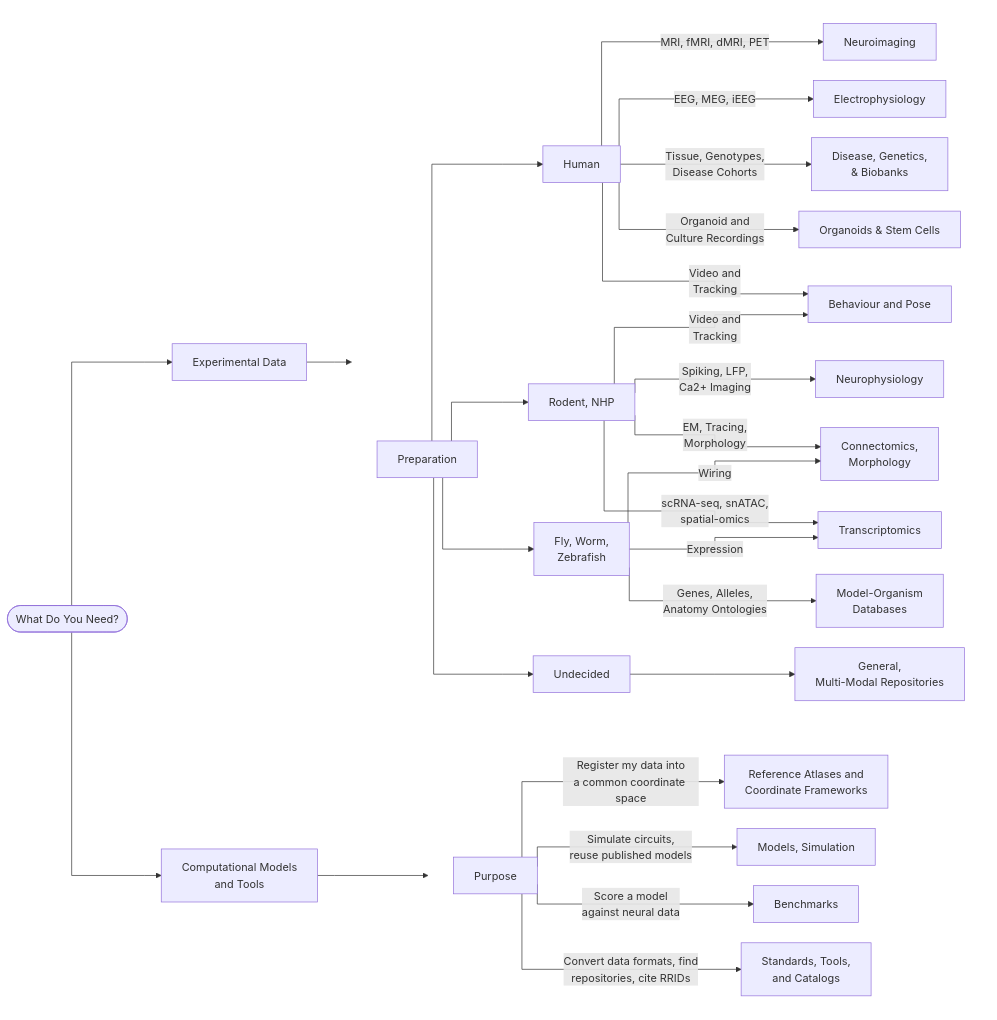
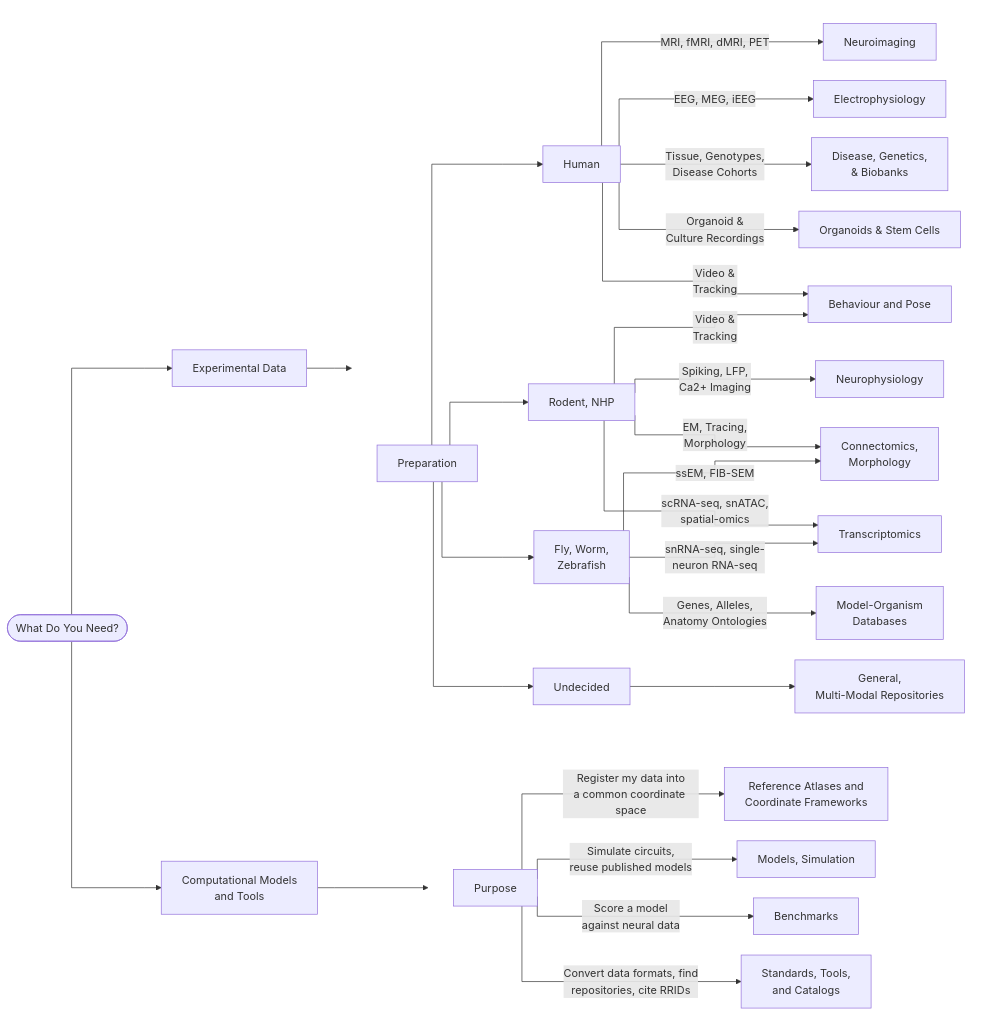
One commit to lauramedlock/neuroarchives changed the diagram in docs/index.md. Above: the diagram before and after it, drawn with Mermaid.

Commit message:
Fix formatting for Organoid and Video sections

````diff
--- a/docs/index.md
+++ b/docs/index.md
@@ -41,45 +41,45 @@
 ```mermaid
 %%{init: {"flowchart": {"curve": "stepBefore", "useMaxWidth": true, "rankSpacing": 50, "nodeSpacing": 30}} }%%
 flowchart LR
     START([What Do You Need?])
     START --> EXP[Experimental Data]
     START --> MOD[Computational Models<br>and Tools]
     EXP --> PREP[Preparation]
     MOD --> PURPOSE[Purpose]
 
     subgraph expArm [ ]
     direction LR
     PREP -->GEN[Undecided]
     PREP -->HU[Human]
     PREP -->RO[Rodent, NHP]
     PREP -->INV[Fly, Worm,<br>Zebrafish]
 
     HU -->|MRI, fMRI, dMRI, PET| E1[Neuroimaging]
     HU -->|EEG, MEG, iEEG| E2[Electrophysiology]
     HU -->|Tissue, Genotypes,<br>Disease Cohorts| E3[Disease, Genetics,<br>& Biobanks]
-    HU -->|Organoid and<br>Culture Recordings| E4[Organoids & Stem Cells]
-    HU -->|Video and<br>Tracking| E8[Behaviour and Pose]
+    HU -->|Organoid &<br>Culture Recordings| E4[Organoids & Stem Cells]
+    HU -->|Video &<br>Tracking| E8[Behaviour and Pose]
 
     RO -->|Spiking, LFP,<br>Ca2+ Imaging| E5[Neurophysiology]
     RO -->|EM, Tracing,<br>Morphology| E6[Connectomics,<br>Morphology]
     RO -->|scRNA-seq, snATAC,<br>spatial-omics| E7[Transcriptomics]
-    RO -->|Video and<br>Tracking| E8[Behaviour and Pose]
+    RO -->|Video &<br>Tracking| E8[Behaviour and Pose]
 
-    INV -->|Wiring| E6[Connectomics,<br>Morphology]
-    INV -->|Expression| E7[Transcriptomics]
+    INV -->|ssEM, FIB-SEM| E6[Connectomics,<br>Morphology]
+    INV -->|snRNA-seq, single-<br>neuron RNA-seq| E7[Transcriptomics]
     INV -->|Genes, Alleles,<br>Anatomy Ontologies| E9[Model-Organism<br>Databases]
 
     GEN --> E10[General,<br>Multi-Modal Repositories]
     end
 
     subgraph modArm [ ]
     direction LR
     PURPOSE -->|Register my data into<br>a common coordinate space| M1[Reference Atlases and<br>Coordinate Frameworks]
     PURPOSE -->|Simulate circuits,<br>reuse published models| M2[Models, Simulation]
     PURPOSE -->|Score a model<br>against neural data| M4[Benchmarks]
     PURPOSE -->|Convert data formats, find<br>repositories, cite RRIDs| M3[Standards, Tools,<br>and Catalogs]
     end
 
     style expArm fill:none,stroke:none
     style modArm fill:none,stroke:none
 ```
````
